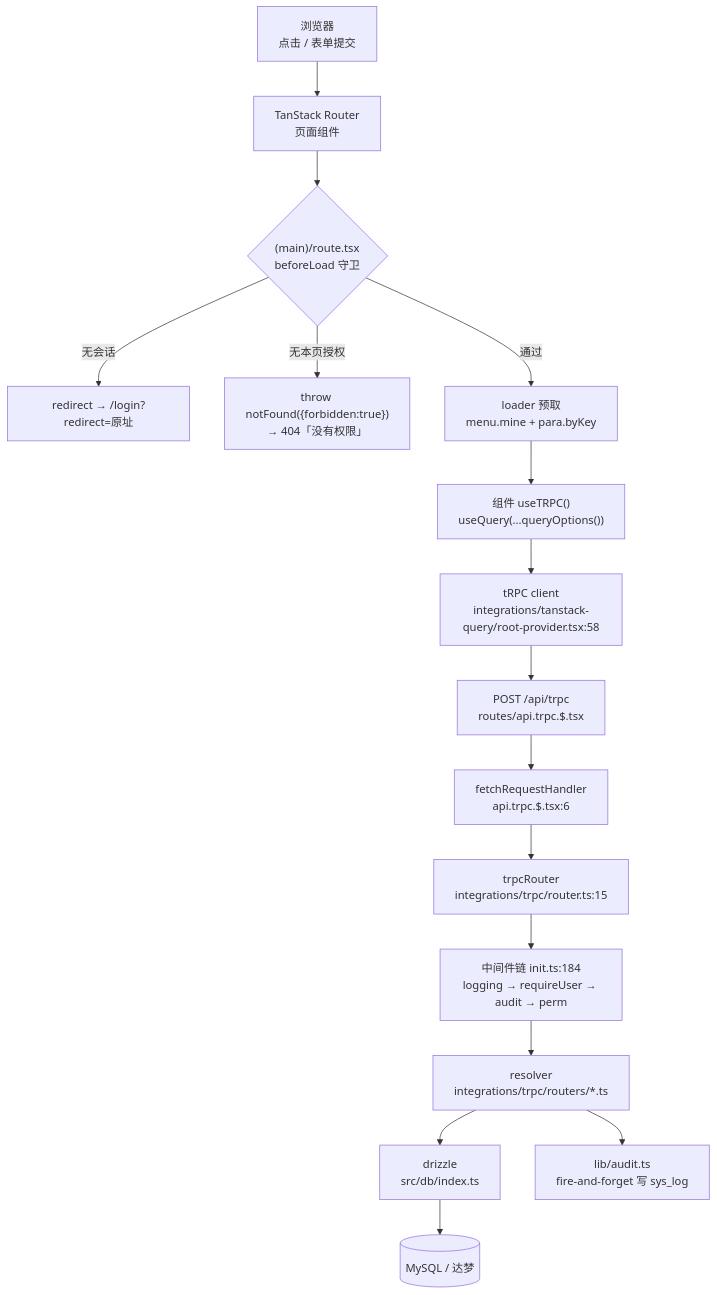
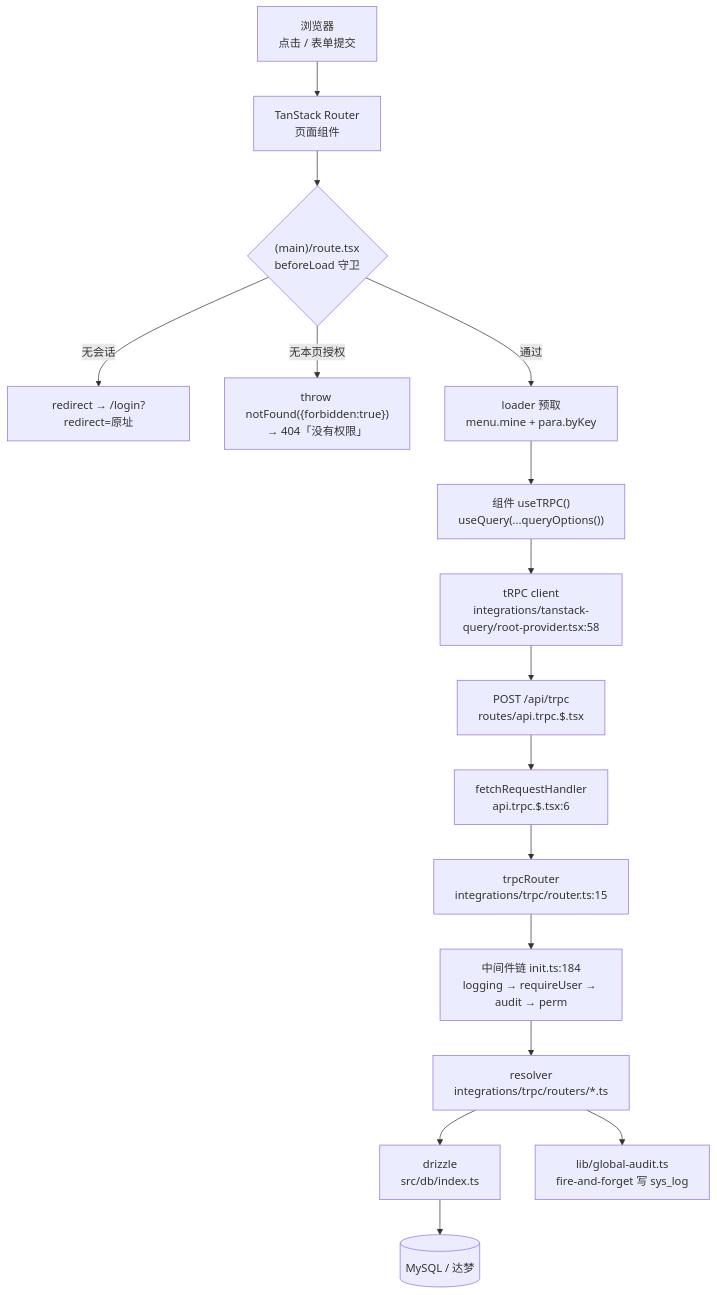
One commit to linger1216/start-tpl changed the diagram in doc/后端代码导读.md. Above: the diagram before and after it, drawn with Mermaid. The commit also changed other lines of this file and 169 other files, not shown here.

````diff
--- a/doc/后端代码导读.md
+++ b/doc/后端代码导读.md
@@ -22,18 +22,18 @@
 ```mermaid
 flowchart TD
   A["浏览器<br/>点击 / 表单提交"] --> B["TanStack Router<br/>页面组件"]
   B --> C{"(main)/route.tsx<br/>beforeLoad 守卫"}
   C -->|"无会话"| D["redirect → /login?redirect=原址"]
   C -->|"无本页授权"| E["throw notFound({forbidden:true})<br/>→ 404「没有权限」"]
   C -->|"通过"| F["loader 预取<br/>menu.mine + para.byKey"]
   F --> G["组件 useTRPC()<br/>useQuery(...queryOptions())"]
   G --> H["tRPC client<br/>integrations/tanstack-query/root-provider.tsx:58"]
   H --> I["POST /api/trpc<br/>routes/api.trpc.$.tsx"]
   I --> J["fetchRequestHandler<br/>api.trpc.$.tsx:6"]
   J --> K["trpcRouter<br/>integrations/trpc/router.ts:15"]
   K --> L["中间件链 init.ts:184<br/>logging → requireUser → audit → perm"]
   L --> M["resolver<br/>integrations/trpc/routers/*.ts"]
   M --> N["drizzle<br/>src/db/index.ts"]
   N --> O[("MySQL / 达梦")]
-  M --> P["lib/audit.ts<br/>fire-and-forget 写 sys_log"]
+  M --> P["lib/global-audit.ts<br/>fire-and-forget 写 sys_log"]
 ```
````
